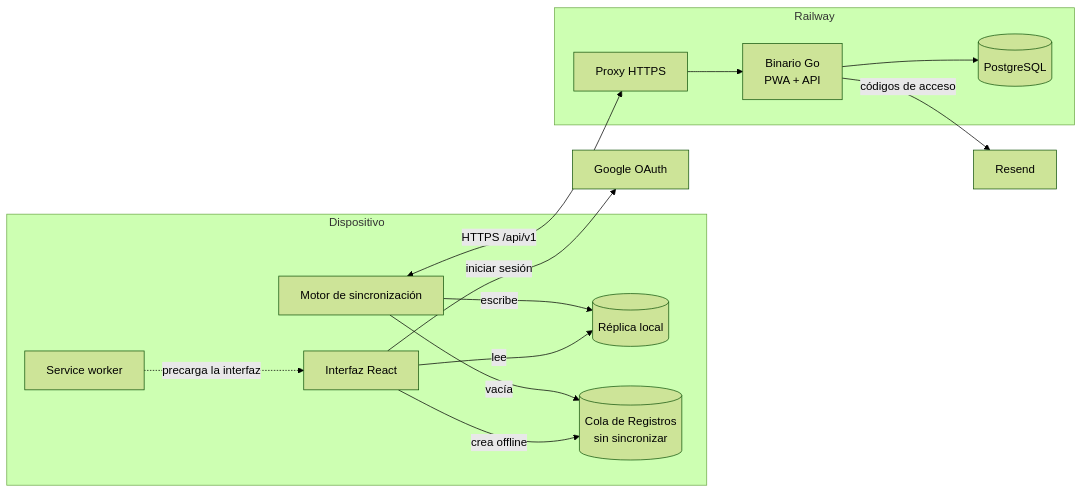
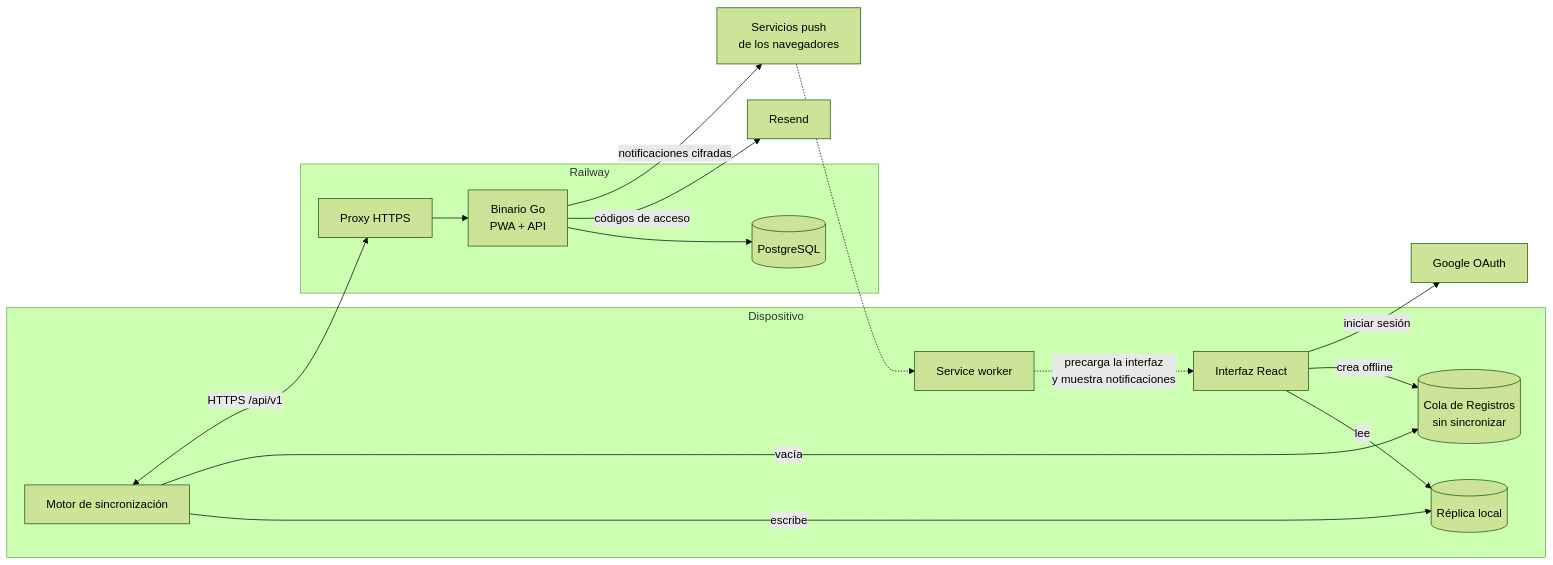
The first of 2 diagrams in docs/arquitectura.md (Aegisystem/Quitsie), drawn with Mermaid (forest theme) before and after one commit. The commit also changed other lines of this file and 23 other files, not shown here.

````diff
--- a/docs/arquitectura.md
+++ b/docs/arquitectura.md
@@ -9,17 +9,19 @@
 ```mermaid
 flowchart LR
   subgraph Dispositivo
     UI[Interfaz React] -->|lee| Replica[(Réplica local)]
     UI -->|crea offline| Cola[(Cola de Registros<br/>sin sincronizar)]
     Motor[Motor de sincronización] -->|escribe| Replica
     Motor -->|vacía| Cola
-    SW[Service worker] -.->|precarga la interfaz| UI
+    SW[Service worker] -.->|precarga la interfaz<br/>y muestra notificaciones| UI
   end
   subgraph Railway
     Proxy[Proxy HTTPS] --> Bin[Binario Go<br/>PWA + API]
     Bin --> DB[(PostgreSQL)]
   end
   Motor <-->|HTTPS /api/v1| Proxy
   Bin -->|códigos de acceso| Resend[Resend]
+  Bin -->|notificaciones cifradas| PushSvc[Servicios push<br/>de los navegadores]
+  PushSvc -.-> SW
   UI -->|iniciar sesión| Google[Google OAuth]
 ```
````
